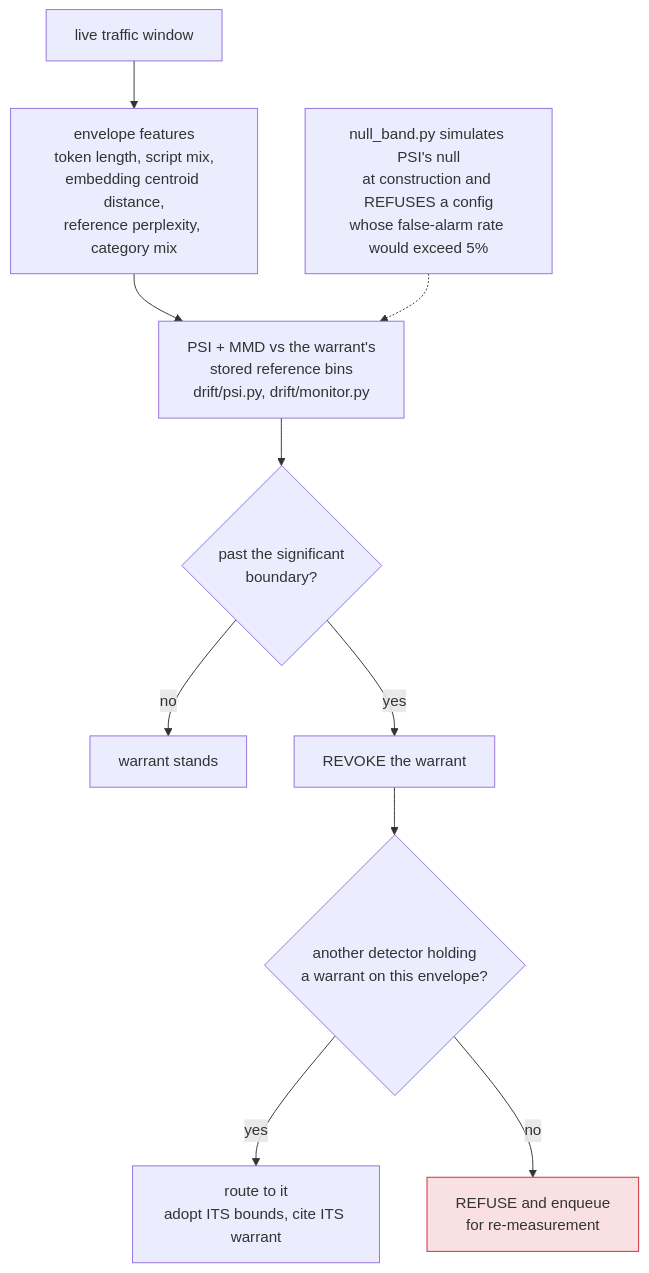
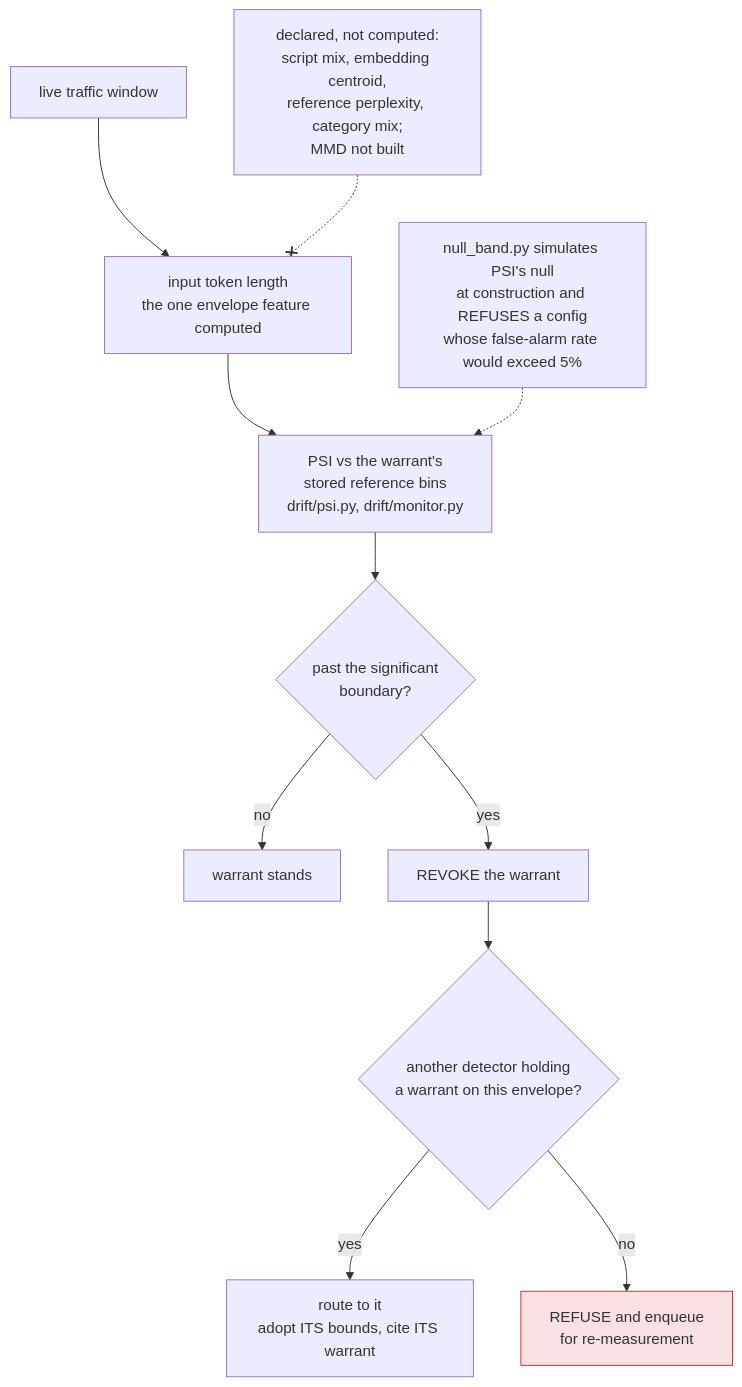
The eighth of 15 diagrams in docs/DIAGRAMS.md (Aditya26189/Warrant), drawn with Mermaid before and after one commit. The commit also changed other lines of this file, not shown here.

First line of the commit message:
docs(diagrams): four new diagrams -- the customer path, a chain of rechecks, release evidence, the action gate -- and three that drew what was never built

````diff
--- a/docs/DIAGRAMS.md
+++ b/docs/DIAGRAMS.md
@@ -272,15 +279,16 @@
 ```mermaid
 flowchart TD
-    T["live traffic window"] --> F["envelope features<br/>token length, script mix,<br/>embedding centroid distance,<br/>reference perplexity, category mix"]
-    F --> M["PSI + MMD vs the warrant's<br/>stored reference bins<br/>drift/psi.py, drift/monitor.py"]
+    T["live traffic window"] --> F["input token length<br/>the one envelope feature computed"]
+    F --> M["PSI vs the warrant's<br/>stored reference bins<br/>drift/psi.py, drift/monitor.py"]
+    X["declared, not computed:<br/>script mix, embedding centroid,<br/>reference perplexity, category mix;<br/>MMD not built"] -.-x F
     M --> Q{"past the significant<br/>boundary?"}
     Q -->|no| K["warrant stands"]
     Q -->|yes| REV["REVOKE the warrant"]
     REV --> RT{"another detector holding<br/>a warrant on this envelope?"}
     RT -->|yes| AD["route to it<br/>adopt ITS bounds, cite ITS warrant"]
     RT -->|no| RF["REFUSE and enqueue<br/>for re-measurement"]
 
     NB["null_band.py simulates PSI's null<br/>at construction and REFUSES a config<br/>whose false-alarm rate would exceed 5%"] -.-> M
 
     style RF fill:#d1242f22,stroke:#d1242f
 ```
````
